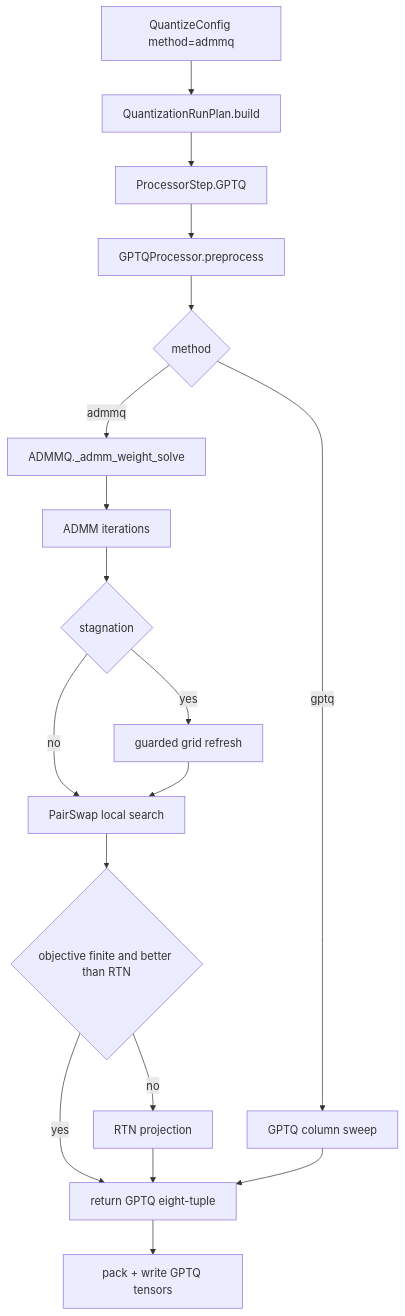
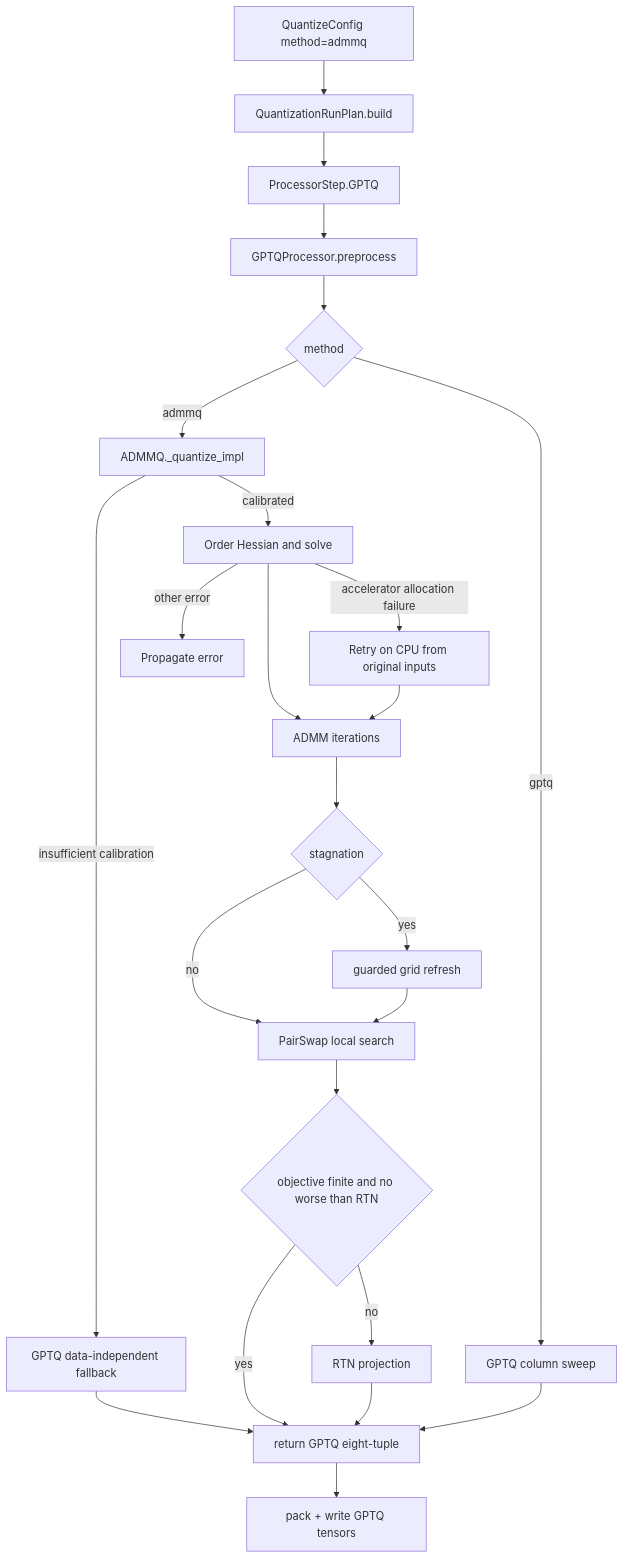
The second of 3 diagrams in docs/admmq.md (ModelCloud/GPTQModel), drawn with Mermaid before and after one commit. The commit also changed other lines of this file and 7 other files, not shown here.

Commit message:
fix(admmq): enforce solver options and retry allocation failures

````diff
--- a/docs/admmq.md
+++ b/docs/admmq.md
@@ -91,20 +94,26 @@
 ```mermaid
 flowchart TD
     A["QuantizeConfig method=admmq"] --> B["QuantizationRunPlan.build"]
     B --> C["ProcessorStep.GPTQ"]
     C --> D["GPTQProcessor.preprocess"]
     D --> E{"method"}
-    E -->|admmq| F["ADMMQ._admm_weight_solve"]
+    E -->|admmq| P["ADMMQ._quantize_impl"]
     E -->|gptq| G["GPTQ column sweep"]
+    P -->|calibrated| F["Order Hessian and solve"]
+    P -->|insufficient calibration| T["GPTQ data-independent fallback"]
+    T --> M
+    F -->|accelerator allocation failure| R["Retry on CPU from original inputs"]
+    F -->|other error| X["Propagate error"]
     F --> H["ADMM iterations"]
+    R --> H
     H --> I{"stagnation"}
     I -->|yes| J["guarded grid refresh"]
     I -->|no| K["PairSwap local search"]
     J --> K
-    K --> L{"objective finite and better than RTN"}
+    K --> L{"objective finite and no worse than RTN"}
     L -->|yes| M["return GPTQ eight-tuple"]
     L -->|no| N["RTN projection"]
     N --> M
     G --> M
     M --> O["pack + write GPTQ tensors"]
 ```
````
